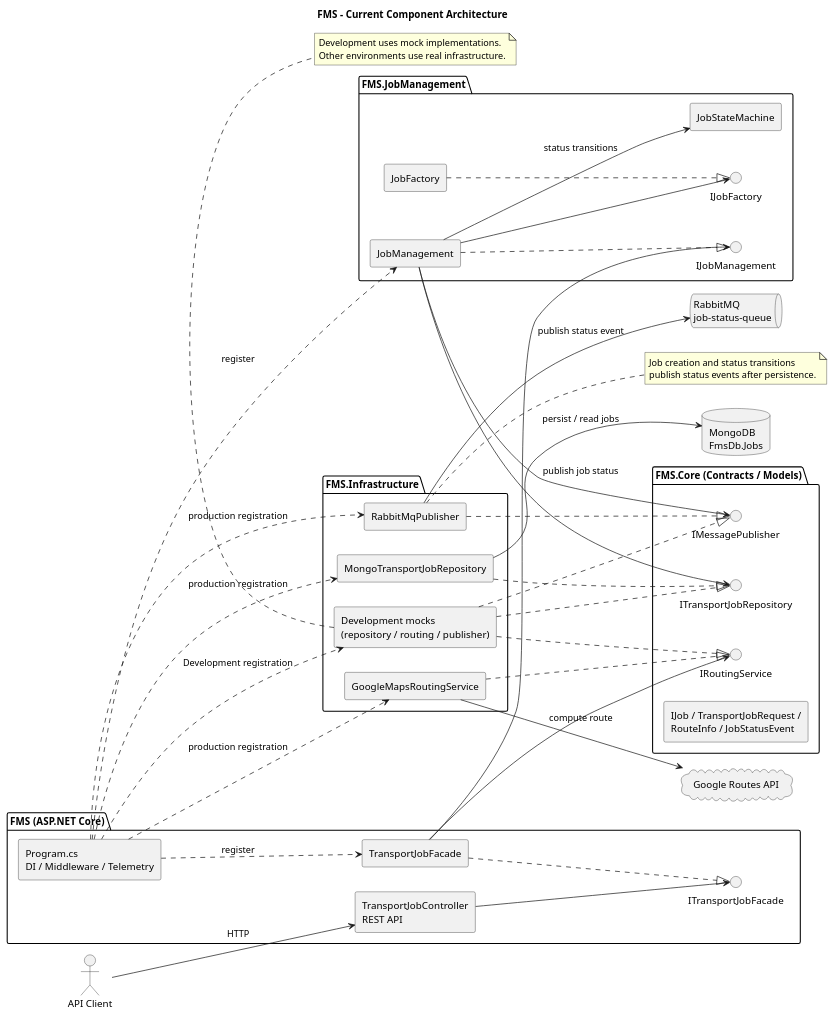
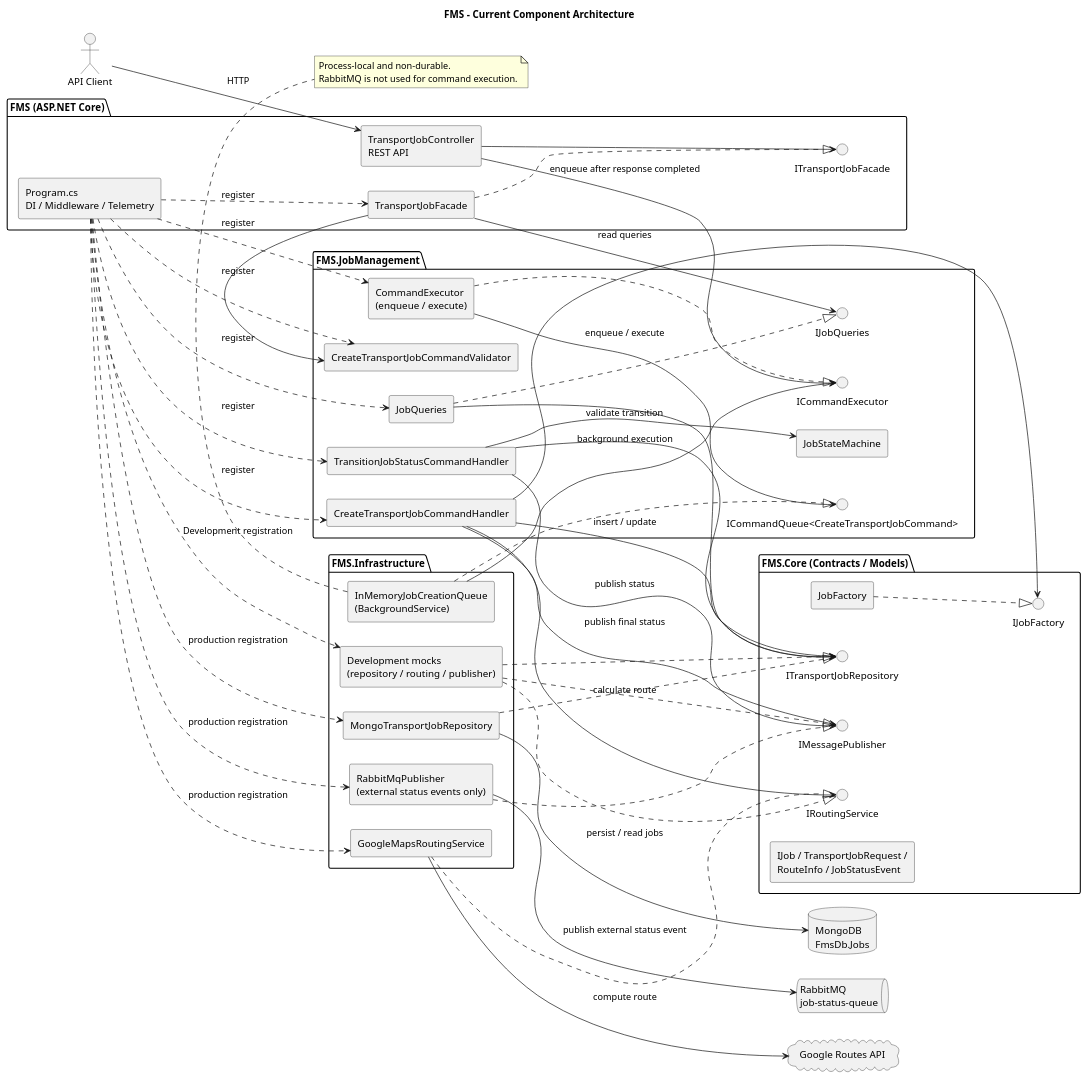
The first of 3 diagrams in current-design.puml (doradora58/FMS), drawn with PlantUML before and after one commit. The commit also changed other lines of this file and 41 other files, not shown here.

```diff
--- a/current-design.puml
+++ b/current-design.puml
@@ -1,79 +1,95 @@
 @startuml FMS_Component_Architecture
 title FMS - Current Component Architecture
 left to right direction
 skinparam componentStyle rectangle
 
 actor "API Client" as Client
 
 package "FMS (ASP.NET Core)" {
   component "TransportJobController\nREST API" as Controller
   component "TransportJobFacade" as Facade
   component "Program.cs\nDI / Middleware / Telemetry" as Host
   interface "ITransportJobFacade" as IFacade
 }
 
 package "FMS.JobManagement" {
-  component "JobManagement" as JobManagement
-  component "JobFactory" as JobFactory
+  component "CommandExecutor\n(enqueue / execute)" as CommandExecutor
+  component "CreateTransportJobCommandValidator" as Validator
+  component "CreateTransportJobCommandHandler" as CreateJobHandler
+  component "TransitionJobStatusCommandHandler" as TransitionHandler
+  component "JobQueries" as JobQueries
   component "JobStateMachine" as StateMachine
-  interface "IJobManagement" as IJobManagement
-  interface "IJobFactory" as IJobFactory
+  interface "ICommandExecutor" as ICommandExecutor
+  interface "ICommandQueue<CreateTransportJobCommand>" as ICommandQueue
+  interface "IJobQueries" as IJobQueries
 }
 
 package "FMS.Core (Contracts / Models)" {
+  component "JobFactory" as JobFactory
+  interface "IJobFactory" as IJobFactory
   interface "ITransportJobRepository" as IJobRepository
   interface "IRoutingService" as IRouting
   interface "IMessagePublisher" as IMessagePublisher
   component "IJob / TransportJobRequest /\nRouteInfo / JobStatusEvent" as CoreModels
 }
 
 package "FMS.Infrastructure" {
+  component "InMemoryJobCreationQueue\n(BackgroundService)" as CommandQueue
   component "MongoTransportJobRepository" as MongoRepository
   component "GoogleMapsRoutingService" as GoogleMaps
-  component "RabbitMqPublisher" as RabbitPublisher
+  component "RabbitMqPublisher\n(external status events only)" as RabbitPublisher
   component "Development mocks\n(repository / routing / publisher)" as Mocks
 }
 
 database "MongoDB\nFmsDb.Jobs" as Mongo
 cloud "Google Routes API" as RoutesApi
 queue "RabbitMQ\njob-status-queue" as Rabbit
 
 Client --> Controller : HTTP
 Controller --> IFacade
+Controller --> ICommandExecutor : enqueue after response completed
 Facade ..|> IFacade
-Facade --> IJobManagement
-Facade --> IRouting
-JobManagement ..|> IJobManagement
-JobManagement --> IJobRepository
-JobManagement --> IJobFactory
-JobManagement --> IMessagePublisher : publish job status
-JobManagement --> StateMachine : status transitions
+Facade --> Validator
+Facade --> IJobQueries : read queries
+CommandExecutor ..|> ICommandExecutor
+CommandExecutor --> ICommandQueue : enqueue / execute
+CommandQueue ..|> ICommandQueue
+CommandQueue --> ICommandExecutor : background execution
+CreateJobHandler --> IJobRepository : insert / update
+CreateJobHandler --> IJobFactory
+CreateJobHandler --> IRouting : calculate route
+CreateJobHandler --> IMessagePublisher : publish final status
+TransitionHandler --> IJobRepository
+TransitionHandler --> IMessagePublisher : publish status
+TransitionHandler --> StateMachine : validate transition
+JobQueries ..|> IJobQueries
+JobQueries --> IJobRepository
 JobFactory ..|> IJobFactory
 
 MongoRepository ..|> IJobRepository
 GoogleMaps ..|> IRouting
 RabbitPublisher ..|> IMessagePublisher
 Mocks ..|> IJobRepository
 Mocks ..|> IRouting
 Mocks ..|> IMessagePublisher
 
 MongoRepository --> Mongo : persist / read jobs
 GoogleMaps --> RoutesApi : compute route
-RabbitPublisher --> Rabbit : publish status event
+RabbitPublisher --> Rabbit : publish external status event
 
-Host ..> JobManagement : register
+Host ..> CommandExecutor : register
+Host ..> Validator : register
+Host ..> CreateJobHandler : register
+Host ..> TransitionHandler : register
+Host ..> JobQueries : register
 Host ..> Facade : register
 Host ..> MongoRepository : production registration
 Host ..> GoogleMaps : production registration
 Host ..> RabbitPublisher : production registration
 Host ..> Mocks : Development registration
 
-note right of RabbitPublisher
-  Job creation and status transitions
-  publish status events after persistence.
-end note
-note bottom of Mocks
-  Development uses mock implementations.
-  Other environments use real infrastructure.
+note bottom of CommandQueue
+  Process-local and non-durable.
+  RabbitMQ is not used for command execution.
 end note
 @enduml
```
